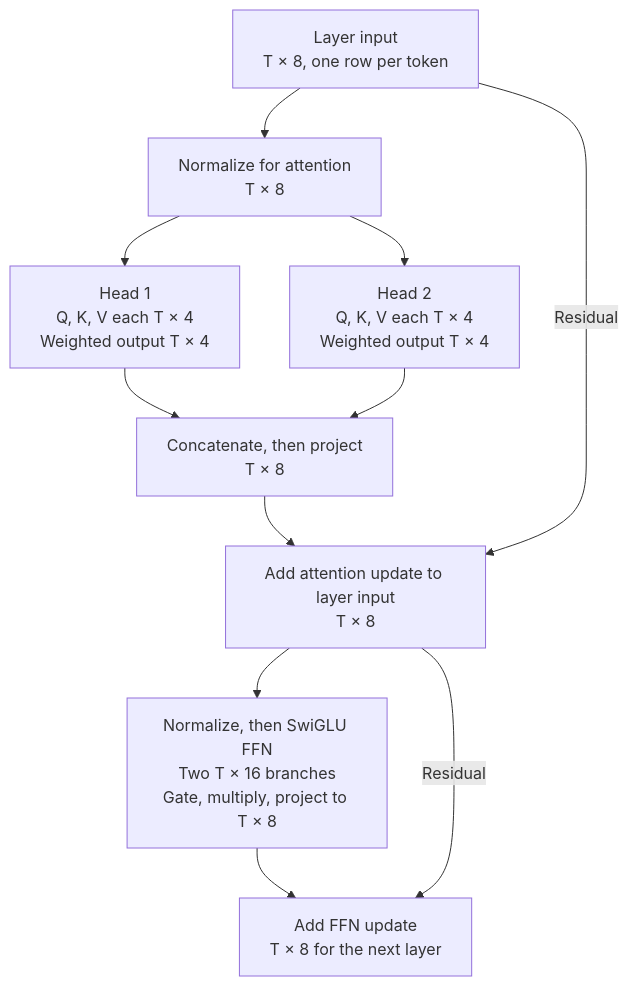
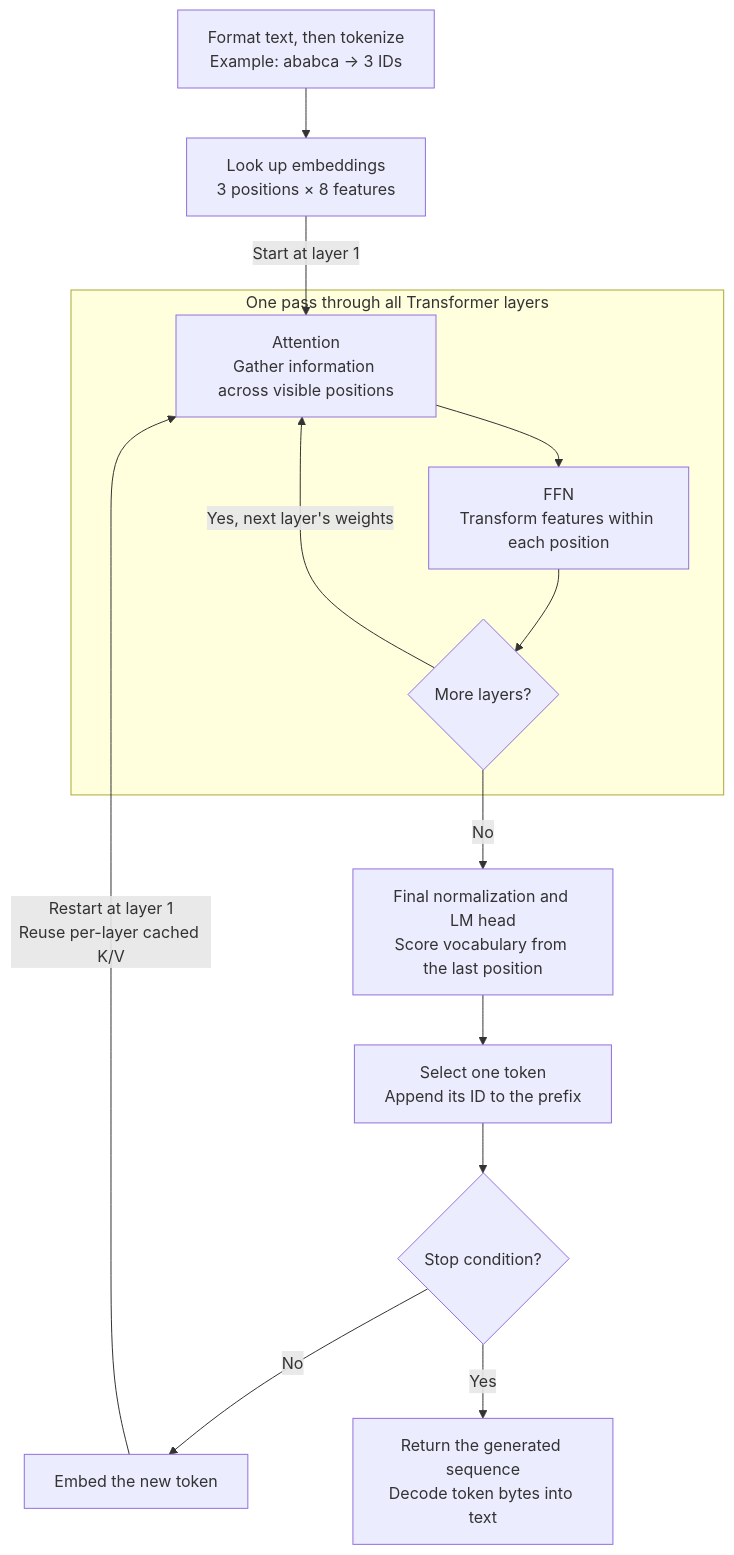
Before and after one commit to Negronii/MyNotes: the second of 7 diagrams in review/generated/ai-engineering.md, drawn with Mermaid. The commit also changed other lines of this file and 7 other files, not shown here.

```diff
--- a/review/generated/ai-engineering.md
+++ b/review/generated/ai-engineering.md
@@ -80,17 +181,16 @@
 ~~~mermaid
 flowchart TD
-    X["Layer input<br/>T × 8, one row per token"]
-    Norm["Normalize for attention<br/>T × 8"]
-    H1["Head 1<br/>Q, K, V each T × 4<br/>Weighted output T × 4"]
-    H2["Head 2<br/>Q, K, V each T × 4<br/>Weighted output T × 4"]
-    A["Concatenate, then project<br/>T × 8"]
-    R["Add attention update to layer input<br/>T × 8"]
-    F["Normalize, then SwiGLU FFN<br/>Two T × 16 branches<br/>Gate, multiply, project to T × 8"]
-    Y["Add FFN update<br/>T × 8 for the next layer"]
-    X --> Norm
-    Norm --> H1 & H2
-    H1 & H2 --> A --> R
-    X -->|Residual| R
-    R --> F --> Y
-    R -->|Residual| Y
+    Text["Format text, then tokenize<br/>Example: ababca → 3 IDs"] --> E["Look up embeddings<br/>3 positions × 8 features"]
+    subgraph Pass["One pass through all Transformer layers"]
+        A["Attention<br/>Gather information across visible positions"] --> F["FFN<br/>Transform features within each position"]
+        F --> More{"More layers?"}
+        More -->|Yes, next layer's weights| A
+    end
+    E -->|Start at layer 1| A
+    More -->|No| L["Final normalization and LM head<br/>Score vocabulary from the last position"]
+    L --> D["Select one token<br/>Append its ID to the prefix"]
+    D --> Stop{"Stop condition?"}
+    Stop -->|No| Next["Embed the new token"]
+    Next -->|Restart at layer 1<br/>Reuse per-layer cached K/V| A
+    Stop -->|Yes| Out["Return the generated sequence<br/>Decode token bytes into text"]
 ~~~
```
